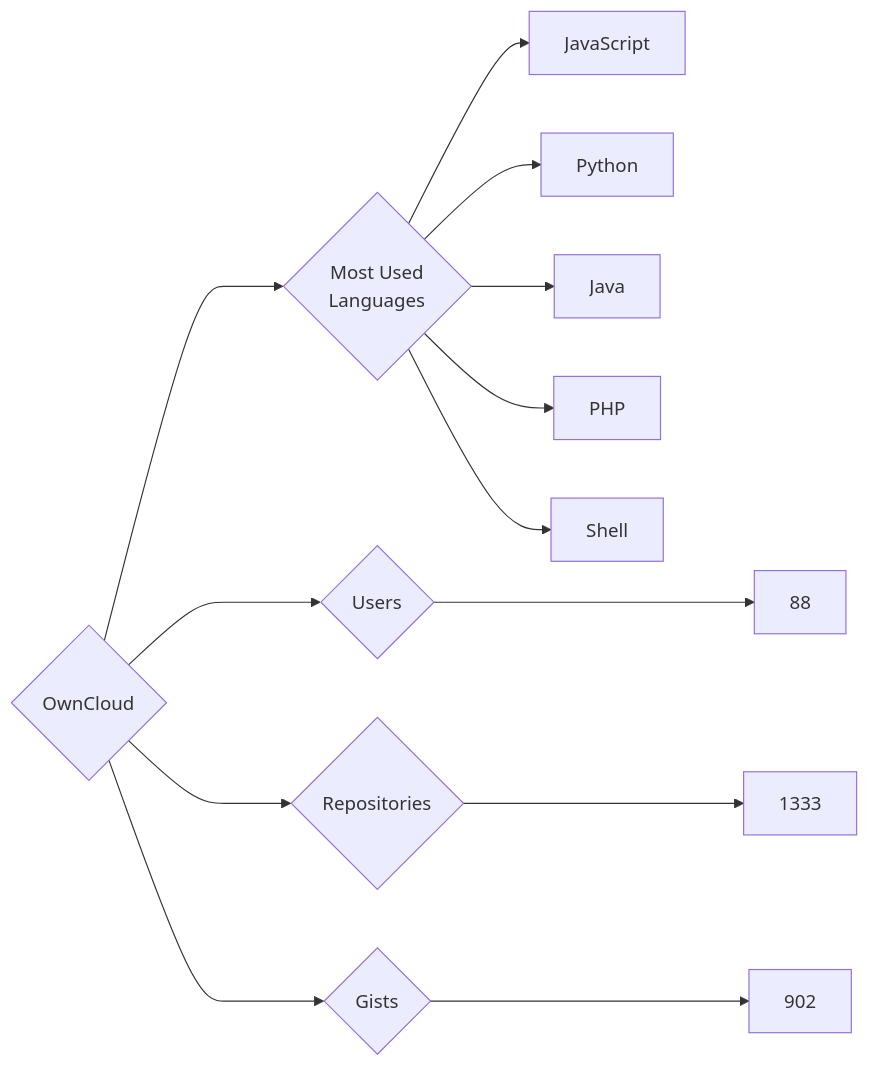
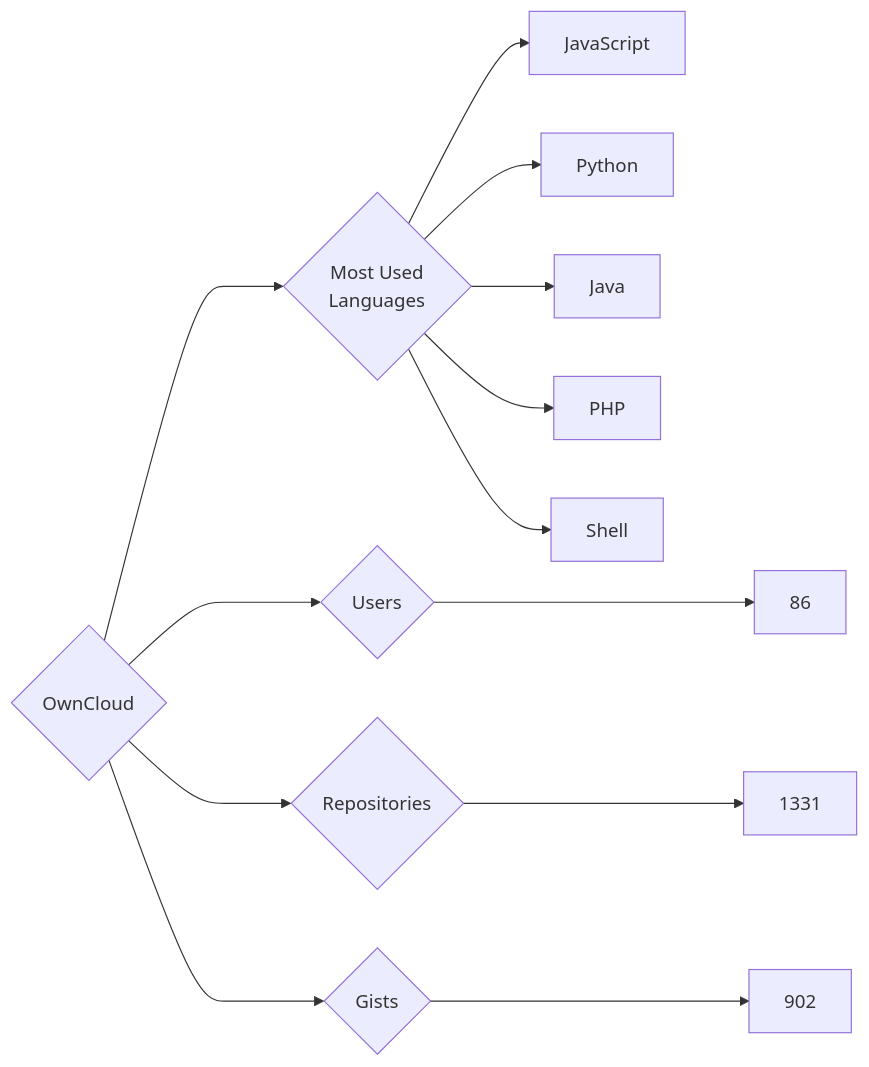
Before and after one commit to trickest/insiders: the diagram in targets/OwnCloud/README.md, drawn with Mermaid. The commit also changed 920 other files, not shown here.

````diff
--- a/targets/OwnCloud/README.md
+++ b/targets/OwnCloud/README.md
@@ -3,13 +3,13 @@
 ```mermaid
 graph LR
 COMPANY_NAME{OwnCloud}
-COMPANY_NAME ---> U{Users} ---> UN[88]
-COMPANY_NAME ---> R{Repositories} ---> RN[1333]
+COMPANY_NAME ---> U{Users} ---> UN[86]
+COMPANY_NAME ---> R{Repositories} ---> RN[1331]
 COMPANY_NAME ---> G{Gists} ---> GN[902]
 COMPANY_NAME ---> ML{Most Used<br>Languages}
 ML --> JavaScript[JavaScript]
 ML --> Python[Python]
 ML --> Java[Java]
 ML --> PHP[PHP]
 ML --> Shell[Shell]
 ```
````
